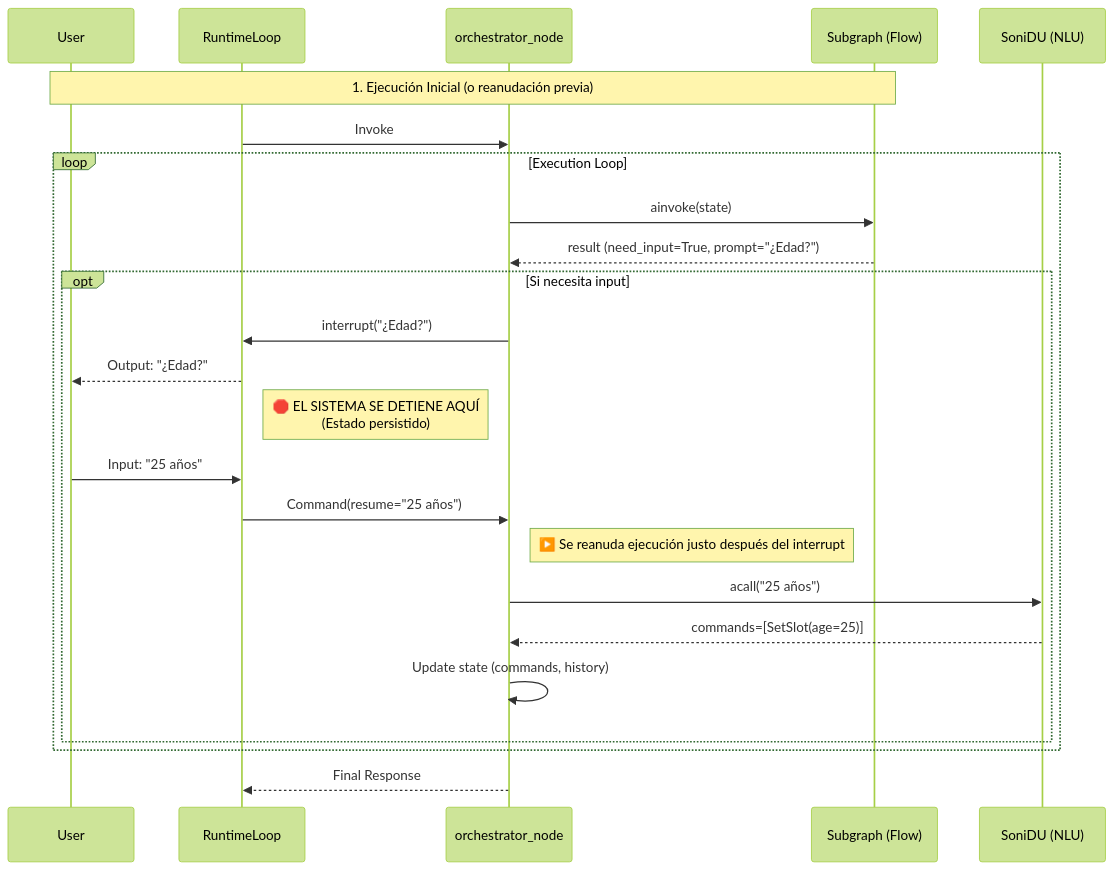
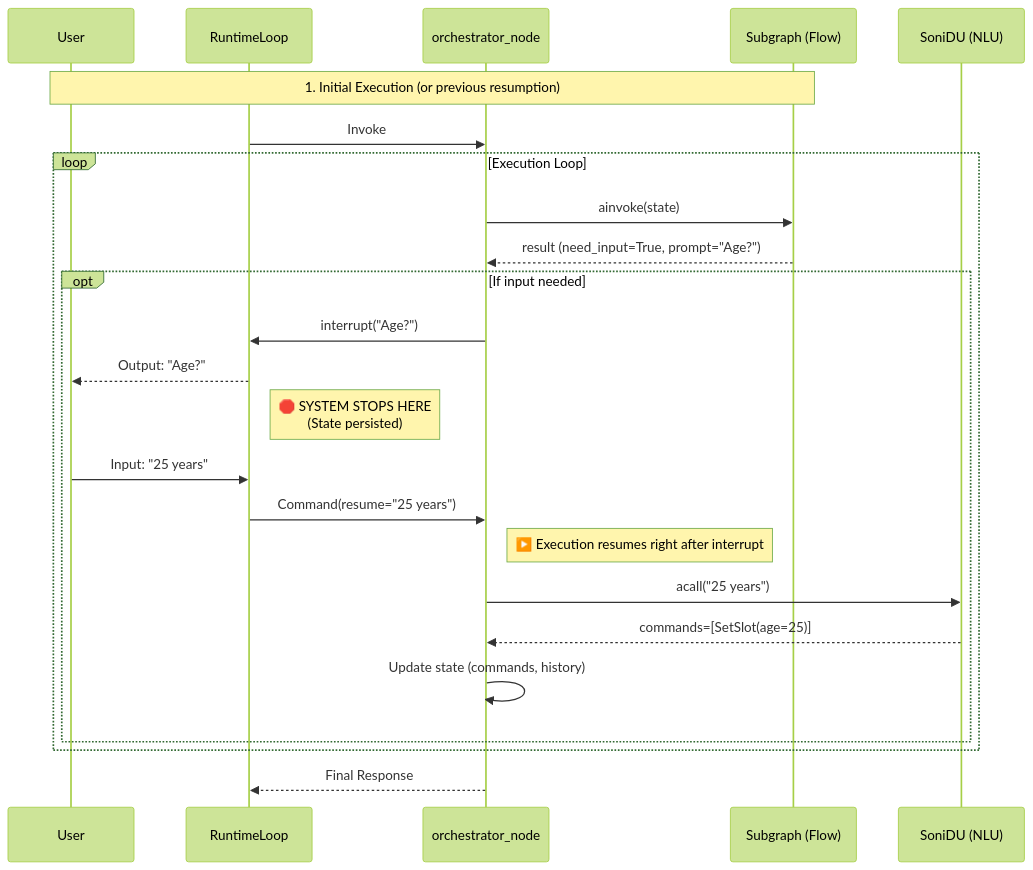
Before and after one commit to jmorenobl/soni: the second of 2 diagrams in docs/architecture_overview.md, drawn with Mermaid (forest theme). The commit also changed other lines of this file and 1 other file, not shown here.

````diff
--- a/docs/architecture_overview.md
+++ b/docs/architecture_overview.md
@@ -64,34 +64,34 @@
 ```mermaid
 sequenceDiagram
     participant User
     participant RL as RuntimeLoop
     participant ORCH as orchestrator_node
     participant Sub as Subgraph (Flow)
     participant NLU as SoniDU (NLU)
 
-    Note over User, Sub: 1. Ejecución Inicial (o reanudación previa)
+    Note over User, Sub: 1. Initial Execution (or previous resumption)
 
     RL->>ORCH: Invoke
     loop Execution Loop
         ORCH->>Sub: ainvoke(state)
-        Sub-->>ORCH: result (need_input=True, prompt="¿Edad?")
+        Sub-->>ORCH: result (need_input=True, prompt="Age?")
 
-        opt Si necesita input
-            ORCH->>RL: interrupt("¿Edad?")
-            RL-->>User: Output: "¿Edad?"
+        opt If input needed
+            ORCH->>RL: interrupt("Age?")
+            RL-->>User: Output: "Age?"
 
-            Note right of RL: 🛑 EL SISTEMA SE DETIENE AQUÍ <br/>(Estado persistido)
+            Note right of RL: 🛑 SYSTEM STOPS HERE <br/>(State persisted)
 
-            User->>RL: Input: "25 años"
-            RL->>ORCH: Command(resume="25 años")
+            User->>RL: Input: "25 years"
+            RL->>ORCH: Command(resume="25 years")
 
-            Note right of ORCH: ▶️ Se reanuda ejecución justo después del interrupt
+            Note right of ORCH: ▶️ Execution resumes right after interrupt
 
-            ORCH->>NLU: acall("25 años")
+            ORCH->>NLU: acall("25 years")
             NLU-->>ORCH: commands=[SetSlot(age=25)]
 
             ORCH->>ORCH: Update state (commands, history)
         end
     end
     ORCH-->>RL: Final Response
 ```
````
